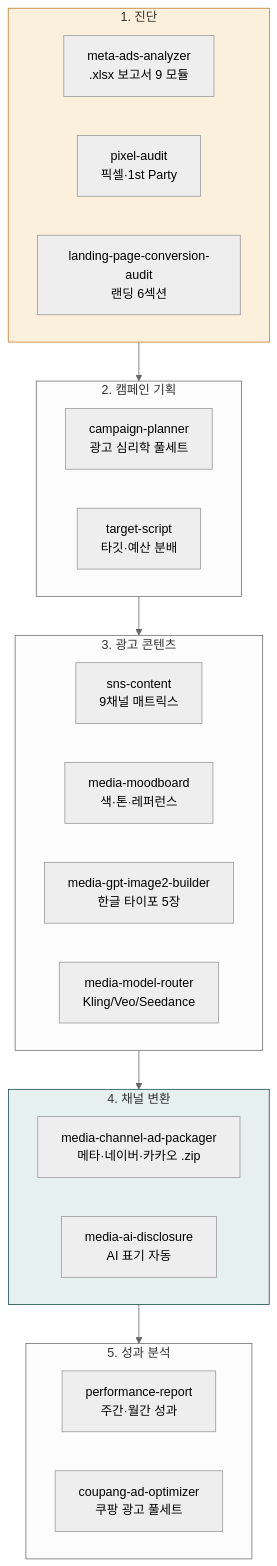
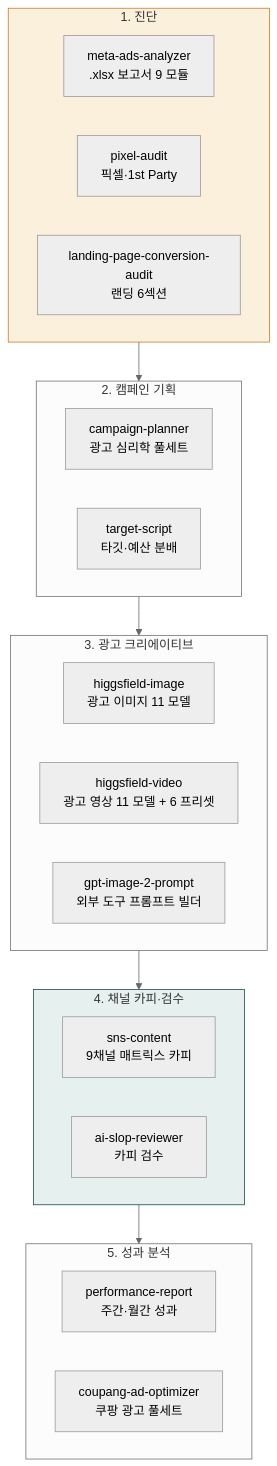
One commit to modu-ai/claude changed the first of 3 diagrams in content/cookbook/tracks/track-advertising.md. Above: the diagram before and after it, drawn with Mermaid (neutral theme). The commit also changed other lines of this file and 17 other files, not shown here.

````diff
--- a/content/cookbook/tracks/track-advertising.md
+++ b/content/cookbook/tracks/track-advertising.md
@@ -14,29 +14,28 @@
 ```mermaid
 flowchart TB
     subgraph 진단["1. 진단"]
         D1["meta-ads-analyzer<br/>.xlsx 보고서 9 모듈"]
         D2["pixel-audit<br/>픽셀·1st Party"]
         D3["landing-page-conversion-audit<br/>랜딩 6섹션"]
     end
     subgraph 기획["2. 캠페인 기획"]
         P1["campaign-planner<br/>광고 심리학 풀세트"]
         P2["target-script<br/>타깃·예산 분배"]
     end
-    subgraph 콘텐츠["3. 광고 콘텐츠"]
-        C1["sns-content<br/>9채널 매트릭스"]
-        C2["media-moodboard<br/>색·톤·레퍼런스"]
-        C3["media-gpt-image2-builder<br/>한글 타이포 5장"]
-        C4["media-model-router<br/>Kling/Veo/Seedance"]
+    subgraph 콘텐츠["3. 광고 크리에이티브"]
+        C1["higgsfield-image<br/>광고 이미지 11 모델"]
+        C2["higgsfield-video<br/>광고 영상 11 모델 + 6 프리셋"]
+        C3["gpt-image-2-prompt<br/>외부 도구 프롬프트 빌더"]
     end
-    subgraph 채널["4. 채널 변환"]
-        Pkg["media-channel-ad-packager<br/>메타·네이버·카카오 .zip"]
-        Disc["media-ai-disclosure<br/>AI 표기 자동"]
+    subgraph 채널["4. 채널 카피·검수"]
+        Pkg["sns-content<br/>9채널 매트릭스 카피"]
+        Disc["ai-slop-reviewer<br/>카피 검수"]
     end
     subgraph 분석["5. 성과 분석"]
         R1["performance-report<br/>주간·월간 성과"]
         R2["coupang-ad-optimizer<br/>쿠팡 광고 풀세트"]
     end
     진단 --> 기획 --> 콘텐츠 --> 채널 --> 분석
     style 진단 fill:#fbf0dc,stroke:#c47b2a
     style 채널 fill:#e6f0ef,stroke:#144a46
 ```
````
